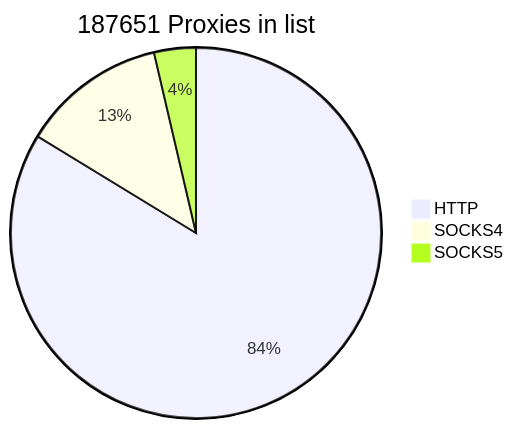
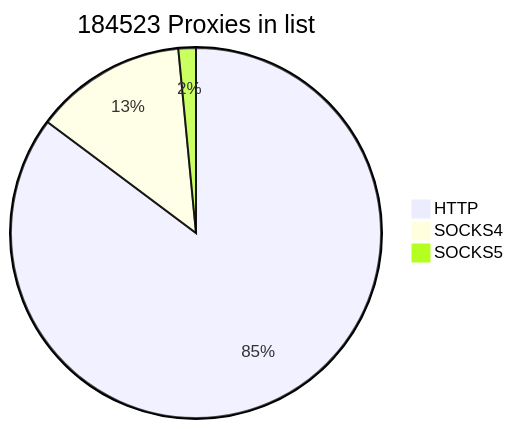
The first of 2 diagrams in README.md (cutipu/proxylist), drawn with Mermaid before and after one commit. The commit also changed other lines of this file, not shown here.

````diff
--- a/README.md
+++ b/README.md
@@ -2,7 +2,7 @@
 ```mermaid
-pie title 187651 Proxies in list
-    "HTTP" : 157095
-    "SOCKS4" : 23716
-    "SOCKS5" : 6840
+pie title 184523 Proxies in list
+    "HTTP" : 157245
+    "SOCKS4" : 24461
+    "SOCKS5" : 2817
             
 ```
````
